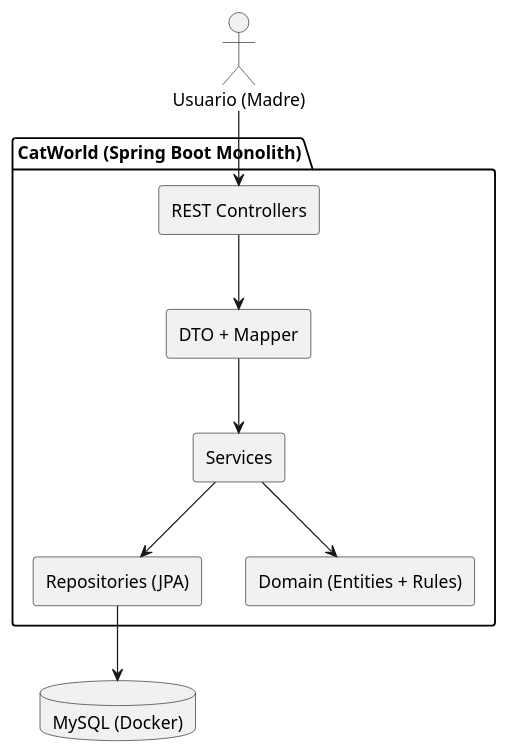
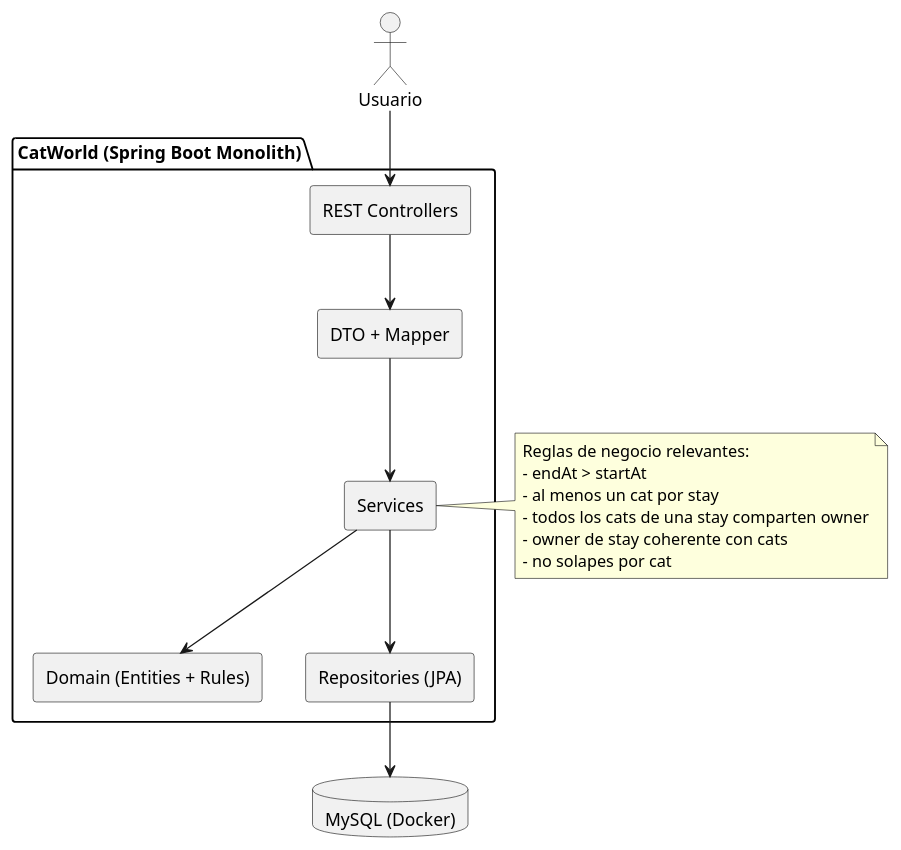
The diagram in docs/uml/03-components.puml (TheZenithPassage/catworld), drawn with PlantUML before and after one commit. The commit also changed 4 other files, not shown here.

Commit message:
docs: update UML and architecture for multi-cat stays

```diff
--- a/docs/uml/03-components.puml
+++ b/docs/uml/03-components.puml
@@ -1,23 +1,32 @@
 @startuml
 skinparam componentStyle rectangle
 
-actor "Usuario (Madre)" as user
+actor "Usuario" as user
 
 package "CatWorld (Spring Boot Monolith)" {
   [REST Controllers] as c
+  [DTO + Mapper] as m
   [Services] as s
+  [Domain (Entities + Rules)] as d
   [Repositories (JPA)] as r
-  [Domain (Entities + Rules)] as d
-  [DTO + Mapper] as m
 }
 
 database "MySQL (Docker)" as db
 
 user --> c
 c --> m
 m --> s
 s --> d
 s --> r
 r --> db
 
+note right of s
+Reglas de negocio relevantes:
+- endAt > startAt
+- al menos un cat por stay
+- todos los cats de una stay comparten owner
+- owner de stay coherente con cats
+- no solapes por cat
+end note
+
 @enduml
```
